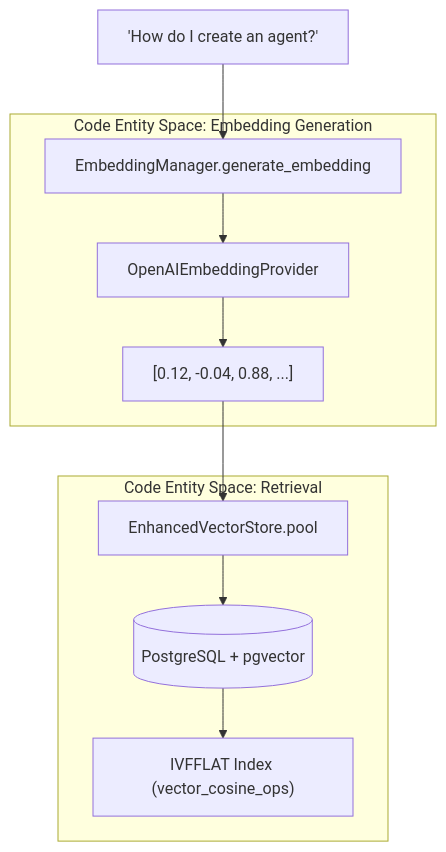
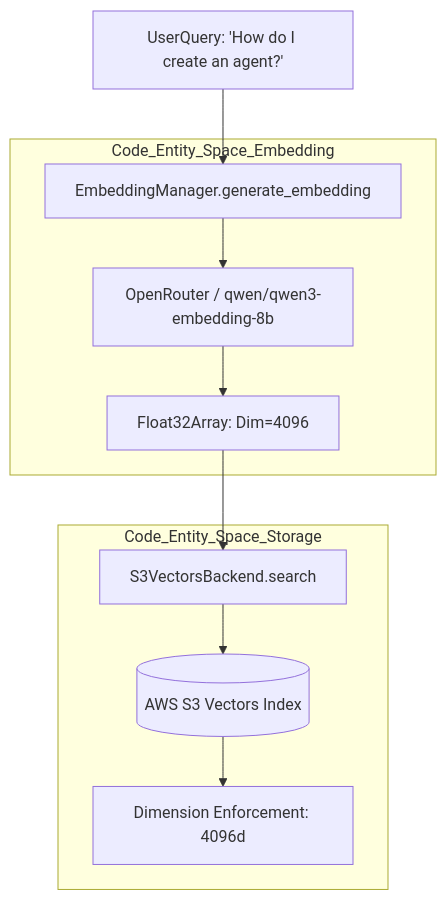
One commit to AutomatosAI/automatos-ai changed the second of 3 diagrams in docs/knowledge-base-rag/rag-retrieval-system.md. Above: the diagram before and after it, drawn with Mermaid. The commit also changed other lines of this file and 191 other files, not shown here.

````diff
--- a/docs/knowledge-base-rag/rag-retrieval-system.md
+++ b/docs/knowledge-base-rag/rag-retrieval-system.md
@@ -208,23 +163,23 @@
 ```mermaid
 graph TB
-    Query["'How do I create an agent?'"]
+    Query["UserQuery: 'How do I create an agent?'"]
     
-    subgraph "Code Entity Space: Embedding Generation"
+    subgraph "Code_Entity_Space_Embedding"
         EM["EmbeddingManager.generate_embedding"]
-        Provider["OpenAIEmbeddingProvider"]
-        Vector["[0.12, -0.04, 0.88, ...]"]
+        Model["OpenRouter / qwen/qwen3-embedding-8b"]
+        Vector["Float32Array: Dim=4096"]
     end
     
-    subgraph "Code Entity Space: Retrieval"
-        EVS["EnhancedVectorStore.pool"]
-        PGV[("PostgreSQL + pgvector")]
-        IVF["IVFFLAT Index (vector_cosine_ops)"]
+    subgraph "Code_Entity_Space_Storage"
+        S3B["S3VectorsBackend.search"]
+        S3V[("AWS S3 Vectors Index")]
+        Dimension["Dimension Enforcement: 4096d"]
     end
     
     Query --> EM
-    EM --> Provider
-    Provider --> Vector
-    Vector --> EVS
-    EVS --> PGV
-    PGV --> IVF
+    EM --> Model
+    Model --> Vector
+    Vector --> S3B
+    S3B --> S3V
+    S3V --> Dimension
 ```
````
